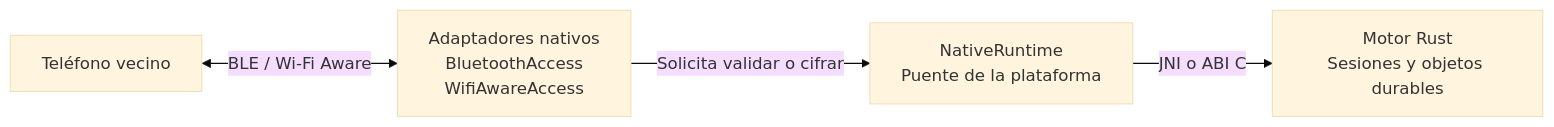
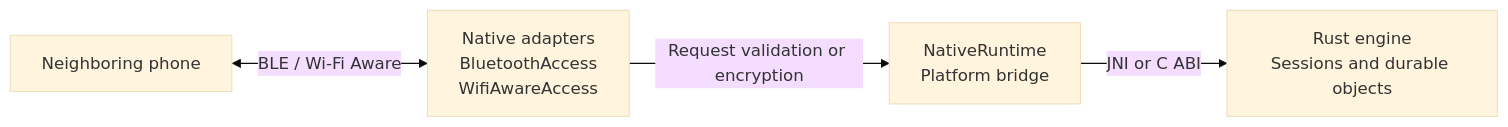
The second of 3 diagrams in README.md (Frazko/Mesh-Lab), drawn with Mermaid (base theme) before and after one commit. The commit also changed other lines of this file and 1 other file, not shown here.

````diff
--- a/README.md
+++ b/README.md
@@ -117,6 +117,6 @@
 ```mermaid
 flowchart LR
-    Peer["Teléfono vecino"] <-->|"BLE / Wi-Fi Aware"| Radio["Adaptadores nativos<br/>BluetoothAccess<br/>WifiAwareAccess"]
-    Radio -->|"Solicita validar o cifrar"| Runtime["NativeRuntime<br/>Puente de la plataforma"]
-    Runtime -->|"JNI o ABI C"| Engine["Motor Rust<br/>Sesiones y objetos durables"]
+    Peer["Neighboring phone"] <-->|"BLE / Wi-Fi Aware"| Radio["Native adapters<br/>BluetoothAccess<br/>WifiAwareAccess"]
+    Radio -->|"Request validation or encryption"| Runtime["NativeRuntime<br/>Platform bridge"]
+    Runtime -->|"JNI or C ABI"| Engine["Rust engine<br/>Sessions and durable objects"]
 ```
````
